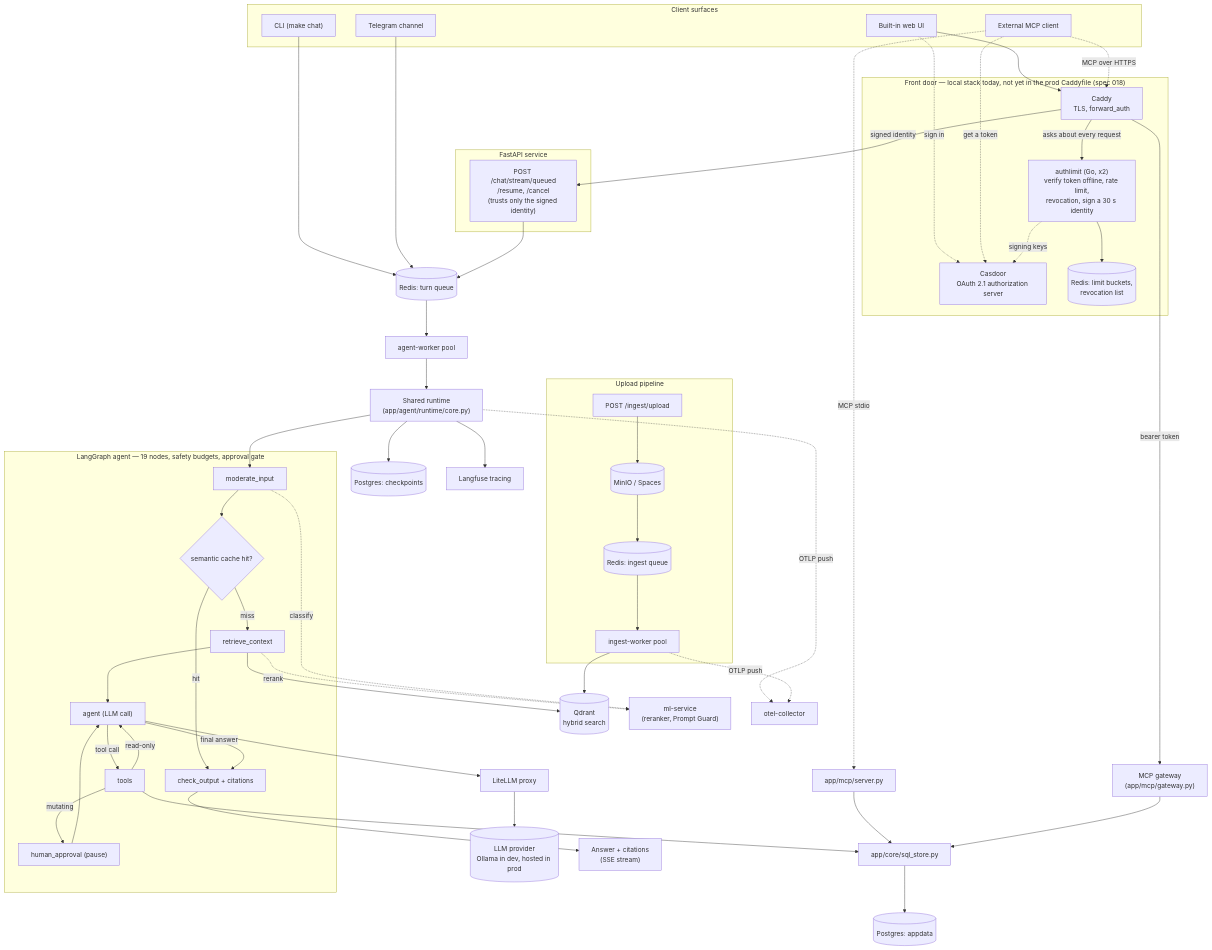
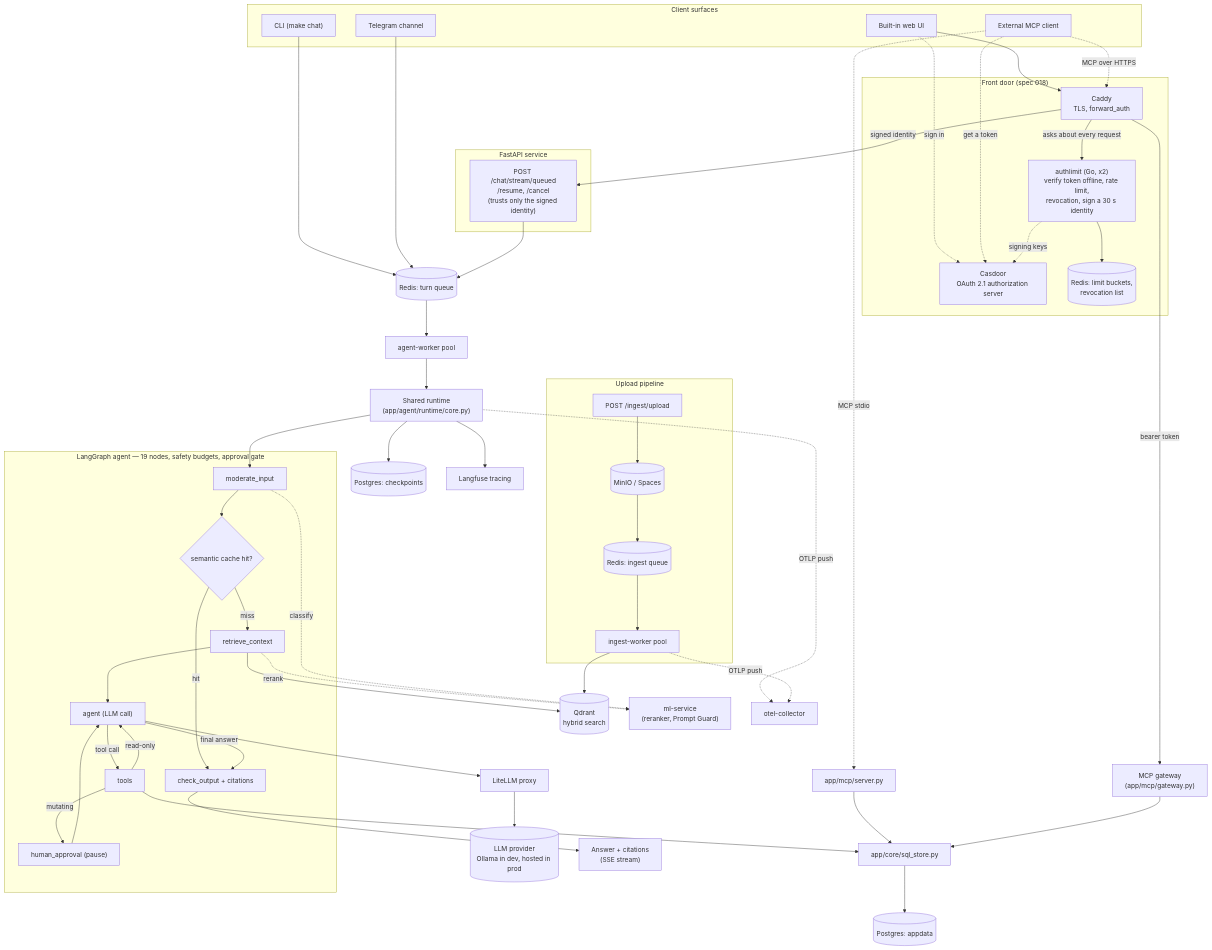
The diagram in README.md (truongpx396/agent-core-demo), drawn with Mermaid before and after one commit. The commit also changed other lines of this file, not shown here.

First line of the commit message:
docs: the front door is the design in production too; say it is not wired there yet in the text, not the diagram title

````diff
--- a/README.md
+++ b/README.md
@@ -39,78 +39,78 @@
 ```mermaid
 flowchart TB
     subgraph clients_sg["Client surfaces"]
         CLI["CLI (make chat)"]
         WebUI["Built-in web UI"]
         Telegram["Telegram channel"]
         ExtMCP["External MCP client"]
     end
 
-    subgraph door_sg["Front door — local stack today, not yet in the prod Caddyfile (spec 018)"]
+    subgraph door_sg["Front door (spec 018)"]
         Caddy["Caddy<br/>TLS, forward_auth"]
         Authlimit["authlimit (Go, x2)<br/>verify token offline, rate limit,<br/>revocation, sign a 30 s identity"]
         Casdoor["Casdoor<br/>OAuth 2.1 authorization server"]
         LimitState[("Redis: limit buckets,<br/>revocation list")]
     end
 
     subgraph api_sg["FastAPI service"]
         Queued["POST /chat/stream/queued<br/>/resume, /cancel<br/>(trusts only the signed identity)"]
     end
 
     WebUI --> Caddy
     ExtMCP -. MCP over HTTPS .-> Caddy
     WebUI -. sign in .-> Casdoor
     ExtMCP -. get a token .-> Casdoor
     Caddy -- asks about every request --> Authlimit
     Authlimit -. signing keys .-> Casdoor
     Authlimit --> LimitState
     Caddy -- signed identity --> Queued
     Caddy -- bearer token --> MCPGateway["MCP gateway<br/>(app/mcp/gateway.py)"]
     CLI --> TurnQueue
     Telegram --> TurnQueue
     ExtMCP -. MCP stdio .-> MCPServer["app/mcp/server.py"]
 
     Queued --> TurnQueue[("Redis: turn queue")]
     TurnQueue --> AgentWorker["agent-worker pool"]
     AgentWorker --> Runtime["Shared runtime<br/>(app/agent/runtime/core.py)"]
 
     Runtime --> Moderate
 
     subgraph agent_sg["LangGraph agent — 19 nodes, safety budgets, approval gate"]
         Moderate["moderate_input"]
         CacheCheck{"semantic cache hit?"}
         Retrieve["retrieve_context"]
         AgentNode["agent (LLM call)"]
         ToolsNode["tools"]
         HITL["human_approval (pause)"]
         Output["check_output + citations"]
     end
 
     Moderate --> CacheCheck
     CacheCheck -- miss --> Retrieve --> AgentNode
     CacheCheck -- hit --> Output
     AgentNode -- tool call --> ToolsNode
     ToolsNode -- mutating --> HITL --> AgentNode
     ToolsNode -- read-only --> AgentNode
     AgentNode -- final answer --> Output
 
     MCPServer --> SQL["app/core/sql_store.py"]
     MCPGateway --> SQL
     ToolsNode --> SQL
     SQL --> Postgres[("Postgres: appdata")]
     Retrieve --> Qdrant[("Qdrant<br/>hybrid search")]
     Retrieve -. rerank .-> MLService["ml-service<br/>(reranker, Prompt Guard)"]
     Moderate -. classify .-> MLService
     AgentNode --> LiteLLM["LiteLLM proxy"] --> LLM[("LLM provider<br/>Ollama in dev, hosted in prod")]
     Runtime --> Checkpointer[("Postgres: checkpoints")]
     Runtime --> Langfuse["Langfuse tracing"]
     Runtime -. OTLP push .-> OtelCollector["otel-collector"]
     Output --> ClientResponse["Answer + citations<br/>(SSE stream)"]
 
     subgraph ingest_sg["Upload pipeline"]
         UploadEP["POST /ingest/upload"] --> ObjectStore[("MinIO / Spaces")]
         ObjectStore --> IngestQueue[("Redis: ingest queue")]
         IngestQueue --> IngestWorker["ingest-worker pool"]
     end
     IngestWorker --> Qdrant
     IngestWorker -. OTLP push .-> OtelCollector
 ```
````
